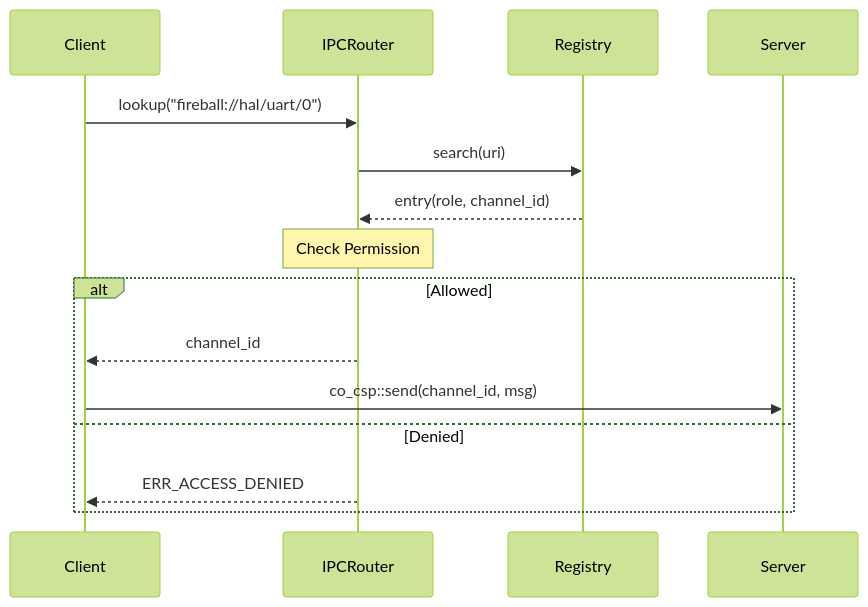
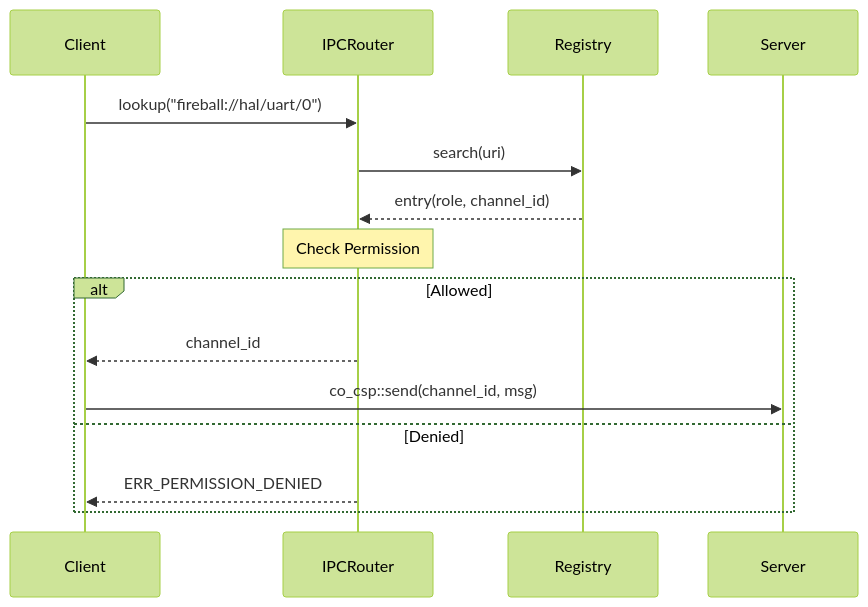
Before and after one commit to kmt-t/fireball: the fifth of 6 diagrams in docs/components/tier1_interface/ipc_router.md, drawn with Mermaid (forest theme). The commit also changed other lines of this file and 80 other files, not shown here.

````diff
--- a/docs/components/tier1_interface/ipc_router.md
+++ b/docs/components/tier1_interface/ipc_router.md
@@ -425,18 +423,18 @@
 ```mermaid
 sequenceDiagram
     participant C as Client
     participant R as IPCRouter
     participant Reg as Registry
     participant S as Server
     
     C->>R: lookup("fireball://hal/uart/0")
     R->>Reg: search(uri)
     Reg-->>R: entry(role, channel_id)
     Note over R: Check Permission
     alt Allowed
         R-->>C: channel_id
         C->>S: co_csp::send(channel_id, msg)
     else Denied
-        R-->>C: ERR_ACCESS_DENIED
+        R-->>C: ERR_PERMISSION_DENIED
     end
 ```
````
